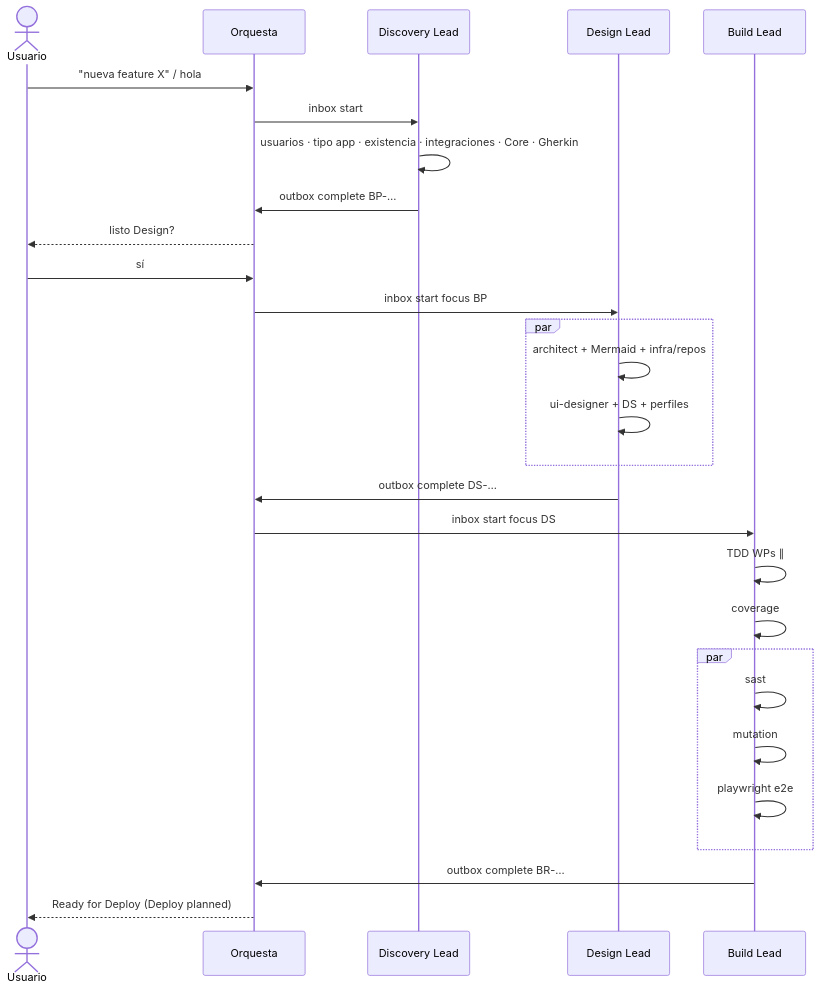
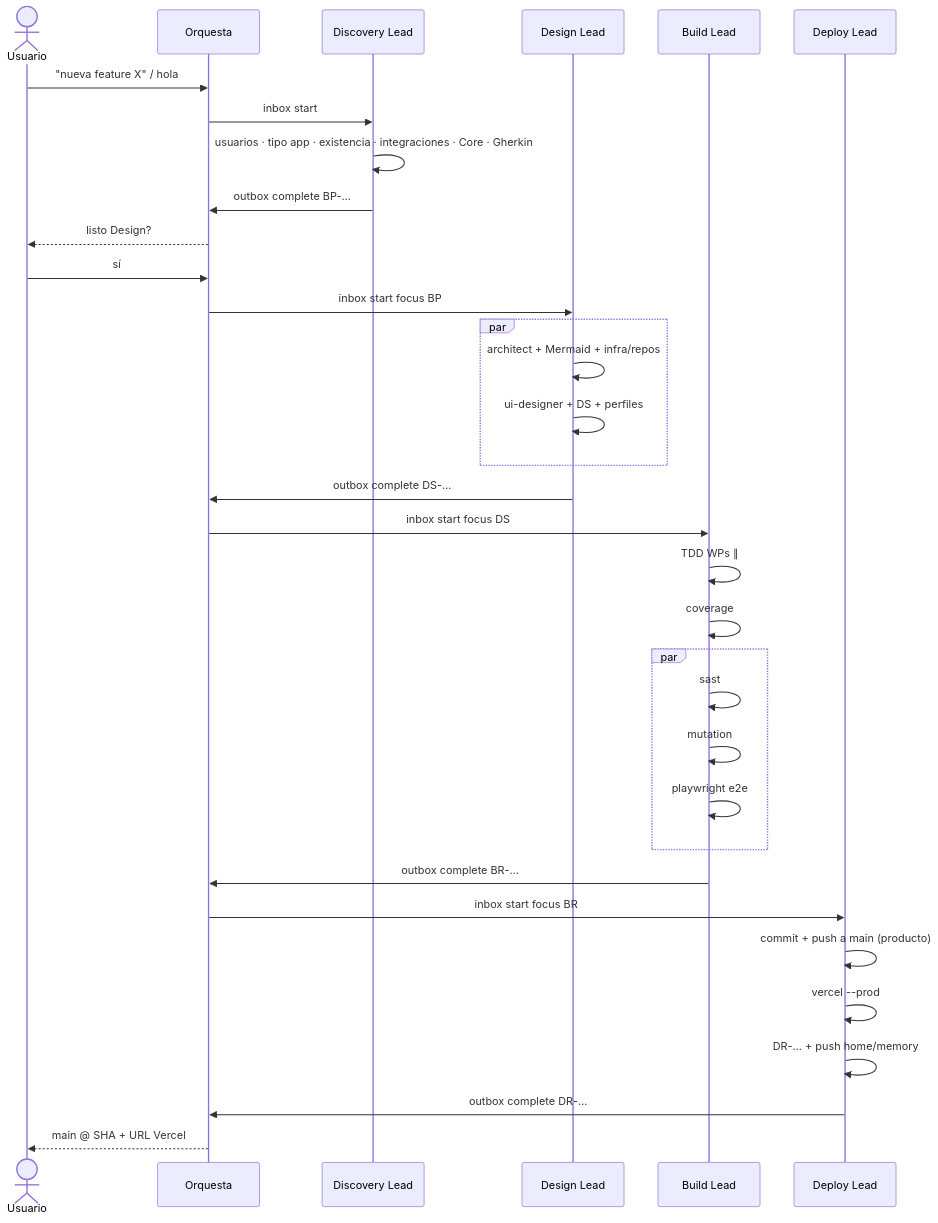
Before and after one commit to infosails/infosails-harness: diagram 14 of 15 in README.md, drawn with Mermaid. The commit also changed other lines of this file and 88 other files, not shown here.

````diff
--- a/README.md
+++ b/README.md
@@ -361,31 +438,37 @@
 ```mermaid
 sequenceDiagram
   actor U as Usuario
   participant O as Orquesta
   participant Disc as Discovery Lead
   participant Des as Design Lead
   participant Bld as Build Lead
+  participant Dep as Deploy Lead
 
   U->>O: "nueva feature X" / hola
   O->>Disc: inbox start
   Disc->>Disc: usuarios · tipo app · existencia · integraciones · Core · Gherkin
   Disc->>O: outbox complete BP-…
   O-->>U: listo Design?
   U->>O: sí
   O->>Des: inbox start focus BP
   par
     Des->>Des: architect + Mermaid + infra/repos
     Des->>Des: ui-designer + DS + perfiles
   end
   Des->>O: outbox complete DS-…
   O->>Bld: inbox start focus DS
   Bld->>Bld: TDD WPs ∥
   Bld->>Bld: coverage
   par
     Bld->>Bld: sast
     Bld->>Bld: mutation
     Bld->>Bld: playwright e2e
   end
   Bld->>O: outbox complete BR-…
-  O-->>U: Ready for Deploy (Deploy planned)
+  O->>Dep: inbox start focus BR
+  Dep->>Dep: commit + push a main (producto)
+  Dep->>Dep: vercel --prod
+  Dep->>Dep: DR-… + push home/memory
+  Dep->>O: outbox complete DR-…
+  O-->>U: main @ SHA + URL Vercel
 ```
````
